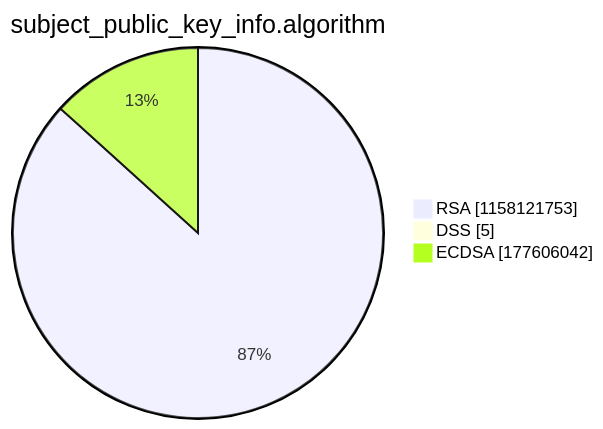
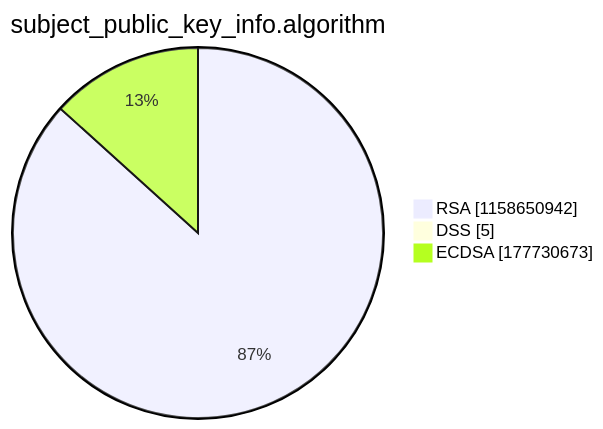
The third of 15 diagrams in argon2022/README.md (christiankrug/ctmonitor_visualization), drawn with Mermaid before and after one commit. The commit also changed other lines of this file, not shown here.

````diff
--- a/argon2022/README.md
+++ b/argon2022/README.md
@@ -14,7 +14,7 @@
 ```mermaid
 pie showData
 title subject_public_key_info.algorithm
-"RSA" :1158121753
+"RSA" :1158650942
 "DSS" :5
-"ECDSA" :177606042
+"ECDSA" :177730673
 ```
````
